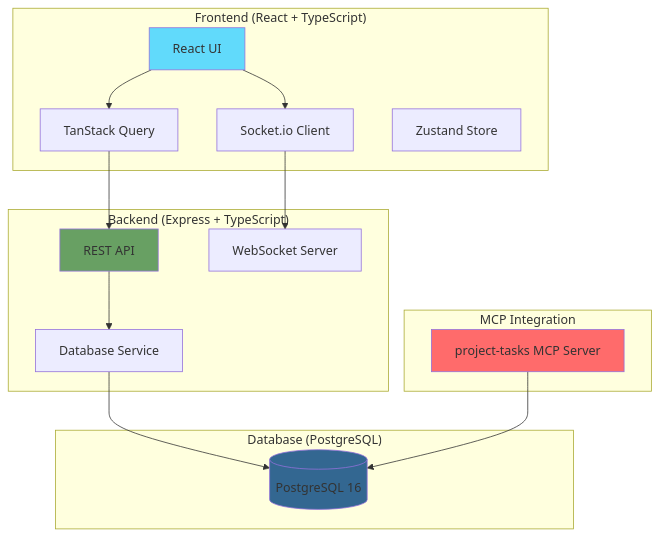
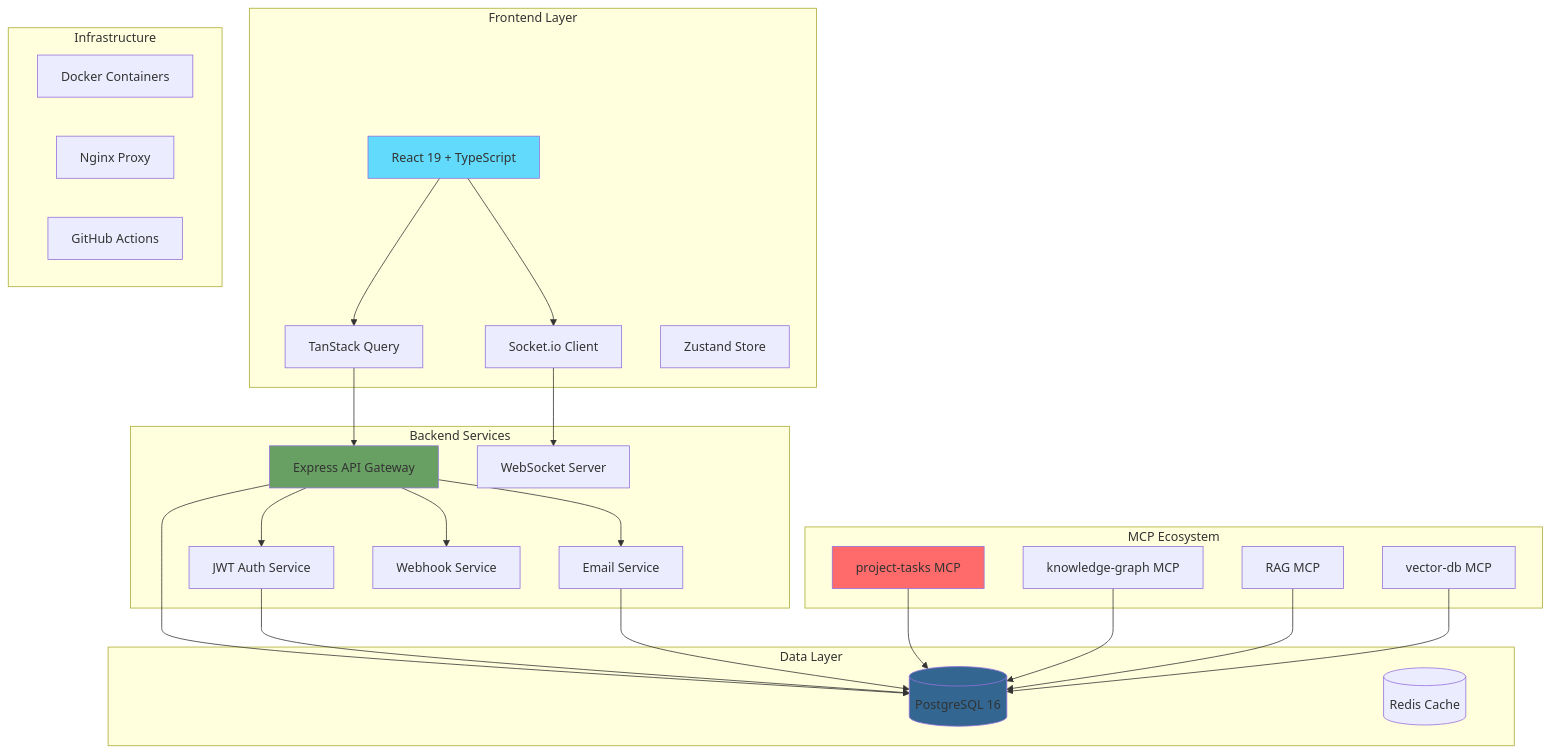
The diagram in README.md (anubissbe/task-management-webui), drawn with Mermaid before and after one commit. The commit also changed other lines of this file and 45 other files, not shown here.

First line of the commit message:
feat: finalize ProjectHub-MCP v4.5.1 - Production Ready Release 🎉

````diff
--- a/README.md
+++ b/README.md
@@ -76,36 +94,55 @@
 ```mermaid
 graph TB
-    subgraph "Frontend (React + TypeScript)"
-        UI[React UI]
+    subgraph "Frontend Layer"
+        UI[React 19 + TypeScript]
         TQ[TanStack Query]
         WS[Socket.io Client]
         ZS[Zustand Store]
     end
     
-    subgraph "Backend (Express + TypeScript)"
-        API[REST API]
+    subgraph "Backend Services"
+        API[Express API Gateway]
         WSS[WebSocket Server]
-        DB[Database Service]
+        AUTH[JWT Auth Service]
+        EMAIL[Email Service]
+        WEBHOOK[Webhook Service]
     end
     
-    subgraph "Database (PostgreSQL)"
+    subgraph "Data Layer"
         PG[(PostgreSQL 16)]
+        REDIS[(Redis Cache)]
     end
     
-    subgraph "MCP Integration"
-        MCP[project-tasks MCP Server]
+    subgraph "MCP Ecosystem"
+        MCP1[project-tasks MCP]
+        MCP2[knowledge-graph MCP]
+        MCP3[RAG MCP]
+        MCP4[vector-db MCP]
+    end
+    
+    subgraph "Infrastructure"
+        DOCKER[Docker Containers]
+        NGINX[Nginx Proxy]
+        CI[GitHub Actions]
     end
     
     UI --> TQ
     TQ --> API
     UI --> WS
     WS --> WSS
-    API --> DB
-    DB --> PG
-    MCP --> PG
+    API --> AUTH
+    API --> EMAIL
+    API --> WEBHOOK
+    API --> PG
+    AUTH --> PG
+    EMAIL --> PG
+    MCP1 --> PG
+    MCP2 --> PG
+    MCP3 --> PG
+    MCP4 --> PG
     
     style UI fill:#61dafb
     style API fill:#68a063
     style PG fill:#336791
-    style MCP fill:#ff6b6b
+    style MCP1 fill:#ff6b6b
 ```
````
